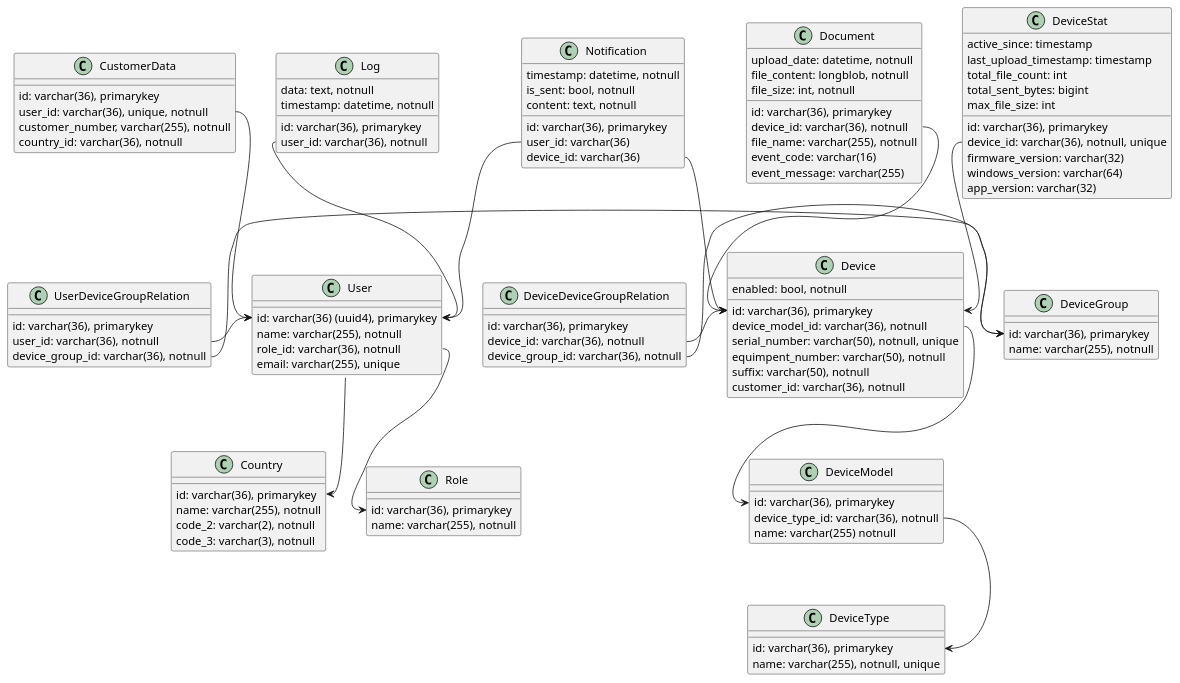
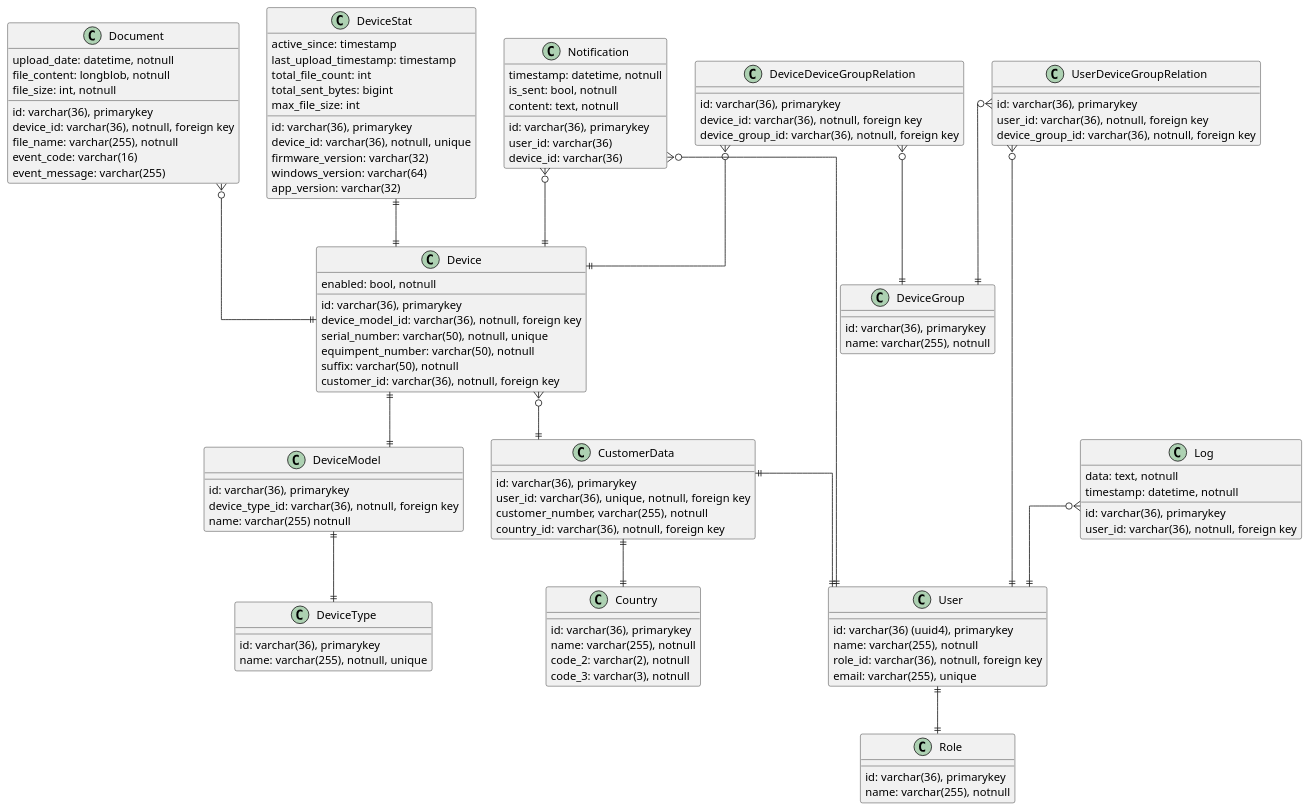
One commit to aCrYoZPS/db changed the diagram in diagram.puml. Above: the diagram before and after it, drawn with PlantUML. The commit also changed 3 other files, not shown here.

```diff
--- a/diagram.puml
+++ b/diagram.puml
@@ -1,129 +1,109 @@
 @startuml
+
+skinparam linetype ortho
 class User{
     id: varchar(36) (uuid4), primarykey
     name: varchar(255), notnull
-    role_id: varchar(36), notnull
+    role_id: varchar(36), notnull, foreign key 
     email: varchar(255), unique
 }
-
-User::country_id --> Country::id
-User::role_id --> Role::id
-
+User ||--|| Role
 class CustomerData {
     id: varchar(36), primarykey
-    user_id: varchar(36), unique, notnull
+    user_id: varchar(36), unique, notnull, foreign key
     customer_number, varchar(255), notnull
-    country_id: varchar(36), notnull
+    country_id: varchar(36), notnull, foreign key
 }
-
-CustomerData::user_id --> User::id
-
+CustomerData ||--|| User
+CustomerData ||--|| Country
 class UserDeviceGroupRelation {
     id: varchar(36), primarykey
-    user_id: varchar(36), notnull
-    device_group_id: varchar(36), notnull
+    user_id: varchar(36), notnull, foreign key
+    device_group_id: varchar(36), notnull, foreign key
 }
-
-UserDeviceGroupRelation::user_id -> User::id
-UserDeviceGroupRelation::device_group_id -> DeviceGroup::id
-
+UserDeviceGroupRelation }o--|| User
+UserDeviceGroupRelation }o--|| DeviceGroup
 class Country{
     id: varchar(36), primarykey
     name: varchar(255), notnull
     code_2: varchar(2), notnull
     code_3: varchar(3), notnull
 }
-
 class Role {
     id: varchar(36), primarykey
     name: varchar(255), notnull
 }
-
 class Log {
     id: varchar(36), primarykey
-    user_id: varchar(36), notnull
+    user_id: varchar(36), notnull, foreign key
     data: text, notnull
     timestamp: datetime, notnull
 }
-
-Log::user_id --> User::id
-
+Log }o--|| User
 class DeviceType {
     id: varchar(36), primarykey
     name: varchar(255), notnull, unique
 }
-
 class DeviceModel {
     id: varchar(36), primarykey
-    device_type_id: varchar(36), notnull
+    device_type_id: varchar(36), notnull, foreign key
     name: varchar(255) notnull
 }
-
-DeviceModel::device_type_id --> DeviceType::id
-
+DeviceModel ||--|| DeviceType
 class Device {
     id: varchar(36), primarykey
-    device_model_id: varchar(36), notnull
+    device_model_id: varchar(36), notnull, foreign key
     serial_number: varchar(50), notnull, unique
     equimpent_number: varchar(50), notnull
     suffix: varchar(50), notnull
-    customer_id: varchar(36), notnull
+    customer_id: varchar(36), notnull, foreign key
     enabled: bool, notnull
 }
-
-Device::device_model_id --> DeviceModel::id
-
+Device ||--|| DeviceModel
+Device }o--|| CustomerData
 class DeviceDeviceGroupRelation {
     id: varchar(36), primarykey
-    device_id: varchar(36), notnull
-    device_group_id: varchar(36), notnull
+    device_id: varchar(36), notnull, foreign key
+    device_group_id: varchar(36), notnull, foreign key
 }
-
-DeviceDeviceGroupRelation::device_id -> Device::id
-DeviceDeviceGroupRelation::device_group_id -> DeviceGroup::id
-
+DeviceDeviceGroupRelation }o--|| Device
+DeviceDeviceGroupRelation }o--|| DeviceGroup
 class DeviceGroup {
     id: varchar(36), primarykey
     name: varchar(255), notnull
 }
-
 class Document{
     id: varchar(36), primarykey
-    device_id: varchar(36), notnull
+    device_id: varchar(36), notnull, foreign key
     upload_date: datetime, notnull
     file_name: varchar(255), notnull
     file_content: longblob, notnull
     file_size: int, notnull
     event_code: varchar(16)
     event_message: varchar(255)
 }
-Document::device_id --> Device::id
-
+Document }o--|| Device
 class Notification {
     id: varchar(36), primarykey
     user_id: varchar(36)
     device_id: varchar(36)
     timestamp: datetime, notnull
     is_sent: bool, notnull
     content: text, notnull
 }
-
-Notification::user_id --> User::id
-Notification::device_id --> Device::id
-
+Notification }o--|| User
+Notification }o--|| Device
 class DeviceStat {
     id: varchar(36), primarykey
     device_id: varchar(36), notnull, unique
     active_since: timestamp
     last_upload_timestamp: timestamp
     total_file_count: int
     total_sent_bytes: bigint
     max_file_size: int
     firmware_version: varchar(32)
     windows_version: varchar(64)
     app_version: varchar(32)
 }
-
-DeviceStat::device_id --> Device::id
-
+DeviceStat ||--|| Device
 @enduml
```
